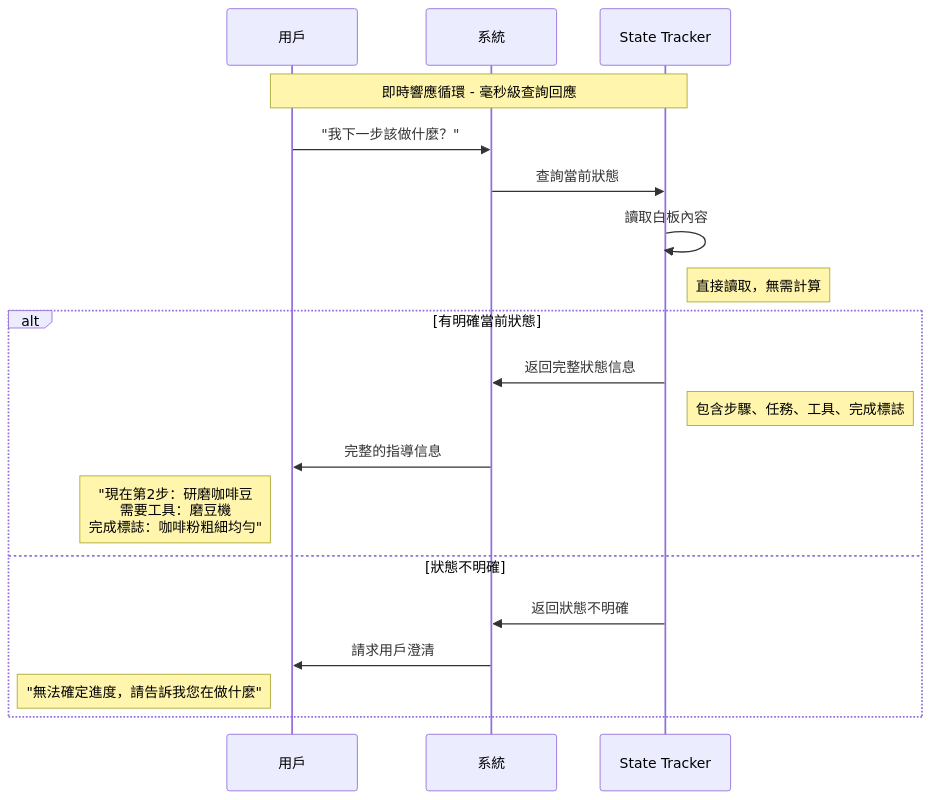
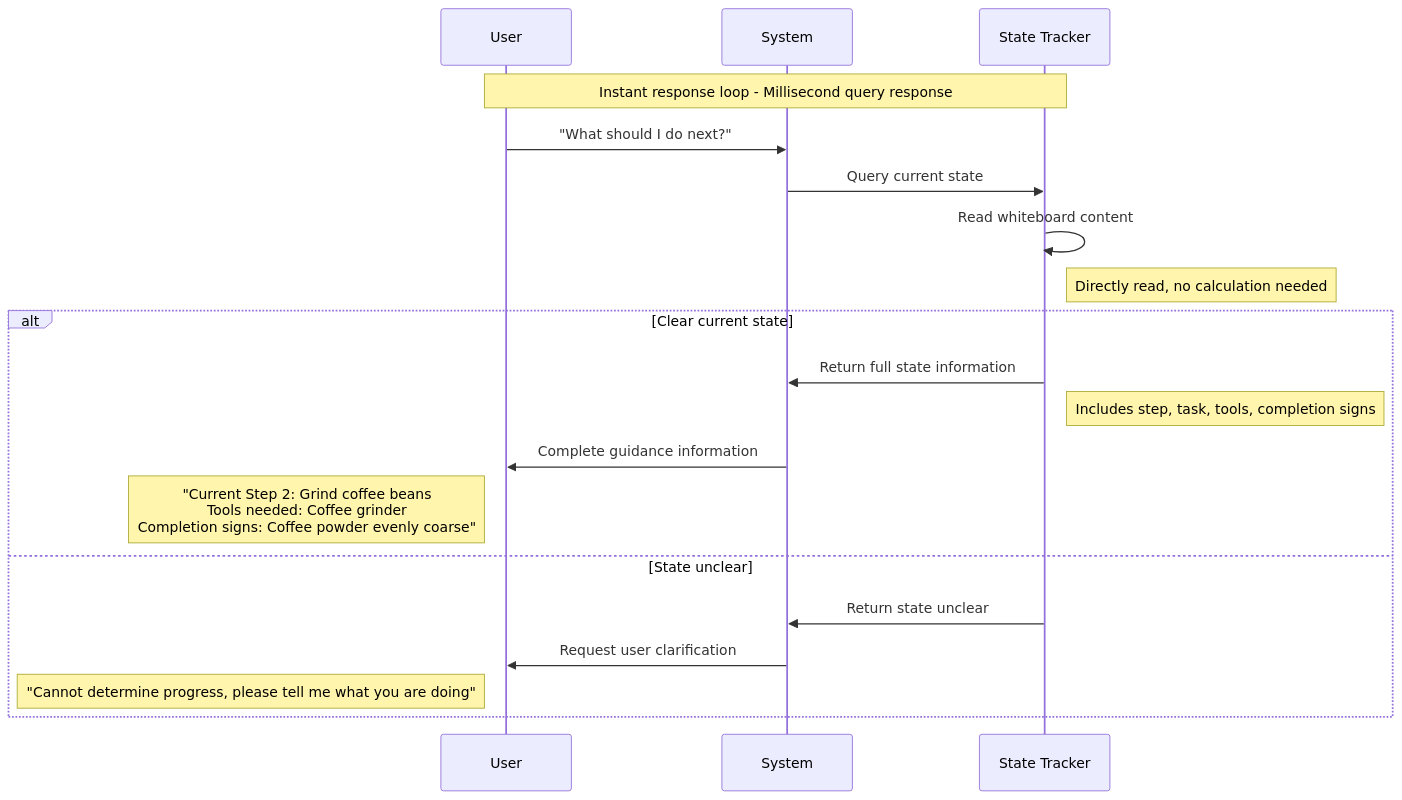
One commit to yitzuliu/DissertationDemo changed the fourth of 5 diagrams in .kiro/specs/memory-system/design.md. Above: the diagram before and after it, drawn with Mermaid. The commit also changed other lines of this file and 5 other files, not shown here.

First line of the commit message:
Update logging system documentation and enhance user guides

````diff
--- a/.kiro/specs/memory-system/design.md
+++ b/.kiro/specs/memory-system/design.md
@@ -370,25 +370,25 @@
 ```mermaid
 sequenceDiagram
-    participant User as 用戶
-    participant System as 系統
+    participant User as User
+    participant System as System
     participant ST as State Tracker
     
-    Note over User,ST: 即時響應循環 - 毫秒級查詢回應
+    Note over User,ST: Instant response loop - Millisecond query response
     
-    User->>System: "我下一步該做什麼？"
-    System->>ST: 查詢當前狀態
+    User->>System: "What should I do next?"
+    System->>ST: Query current state
     
-    ST->>ST: 讀取白板內容
-    Note right of ST: 直接讀取，無需計算
+    ST->>ST: Read whiteboard content
+    Note right of ST: Directly read, no calculation needed
     
-    alt 有明確當前狀態
-        ST->>System: 返回完整狀態信息
-        Note right of ST: 包含步驟、任務、工具、完成標誌
-        System->>User: 完整的指導信息
-        Note left of User: "現在第2步：研磨咖啡豆<br/>需要工具：磨豆機<br/>完成標誌：咖啡粉粗細均勻"
-    else 狀態不明確
-        ST->>System: 返回狀態不明確
-        System->>User: 請求用戶澄清
-        Note left of User: "無法確定進度，請告訴我您在做什麼"
+    alt Clear current state
+        ST->>System: Return full state information
+        Note right of ST: Includes step, task, tools, completion signs
+        System->>User: Complete guidance information
+        Note left of User: "Current Step 2: Grind coffee beans<br/>Tools needed: Coffee grinder<br/>Completion signs: Coffee powder evenly coarse"
+    else State unclear
+        ST->>System: Return state unclear
+        System->>User: Request user clarification
+        Note left of User: "Cannot determine progress, please tell me what you are doing"
     end
 ```
````
